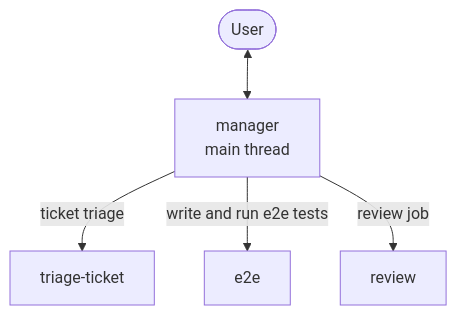
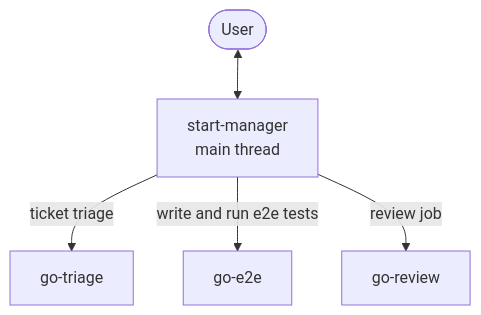
The first of 3 diagrams in docs/architecture/ARCHITECTURE.md (le0u0/just-do-it), drawn with Mermaid before and after one commit. The commit also changed other lines of this file and 95 other files, not shown here.

First line of the commit message:
refactor!: rename skills to go-/dev-/start-/to- and make the manager own docs

````diff
--- a/docs/architecture/ARCHITECTURE.md
+++ b/docs/architecture/ARCHITECTURE.md
@@ -7,7 +7,7 @@
 ```mermaid
 flowchart TD
-    U([User]) <--> M[manager<br/>main thread]
-    M -->|ticket triage| H[triage-ticket]
-    M -->|write and run e2e tests| E[e2e]
-    M -->|review job| R[review]
+    U([User]) <--> M[start-manager<br/>main thread]
+    M -->|ticket triage| H[go-triage]
+    M -->|write and run e2e tests| E[go-e2e]
+    M -->|review job| R[go-review]
 ```
````
